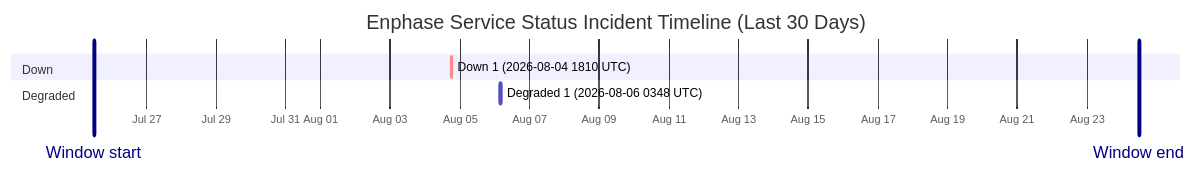
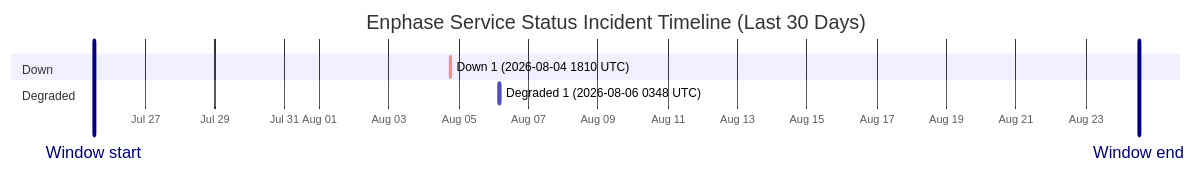
The diagram in wiki/Service-Status-History.md (barneyonline/ha-enphase-energy), drawn with Mermaid before and after one commit. The commit also changed other lines of this file and 3 other files, not shown here.

````diff
--- a/wiki/Service-Status-History.md
+++ b/wiki/Service-Status-History.md
@@ -14,12 +14,12 @@
 ```mermaid
 gantt
     title Enphase Service Status Incident Timeline (Last 30 Days)
     dateFormat  YYYY-MM-DDTHH:mm:ss
     axisFormat  %b %d
-    Window start :vert, window-start, 2026-07-25T11:53:39, 0ms
-    Window end :vert, window-end, 2026-08-24T11:53:39, 0ms
+    Window start :vert, window-start, 2026-07-25T12:45:22, 0ms
+    Window end :vert, window-end, 2026-08-24T12:45:22, 0ms
     section Down
     Down 1 (2026-08-04 1810 UTC) :crit, down-1, 2026-08-04T18:10:46, 60m
     section Degraded
     Degraded 1 (2026-08-06 0348 UTC) :active, degraded-1, 2026-08-06T03:48:14, 60m
 ```
````
